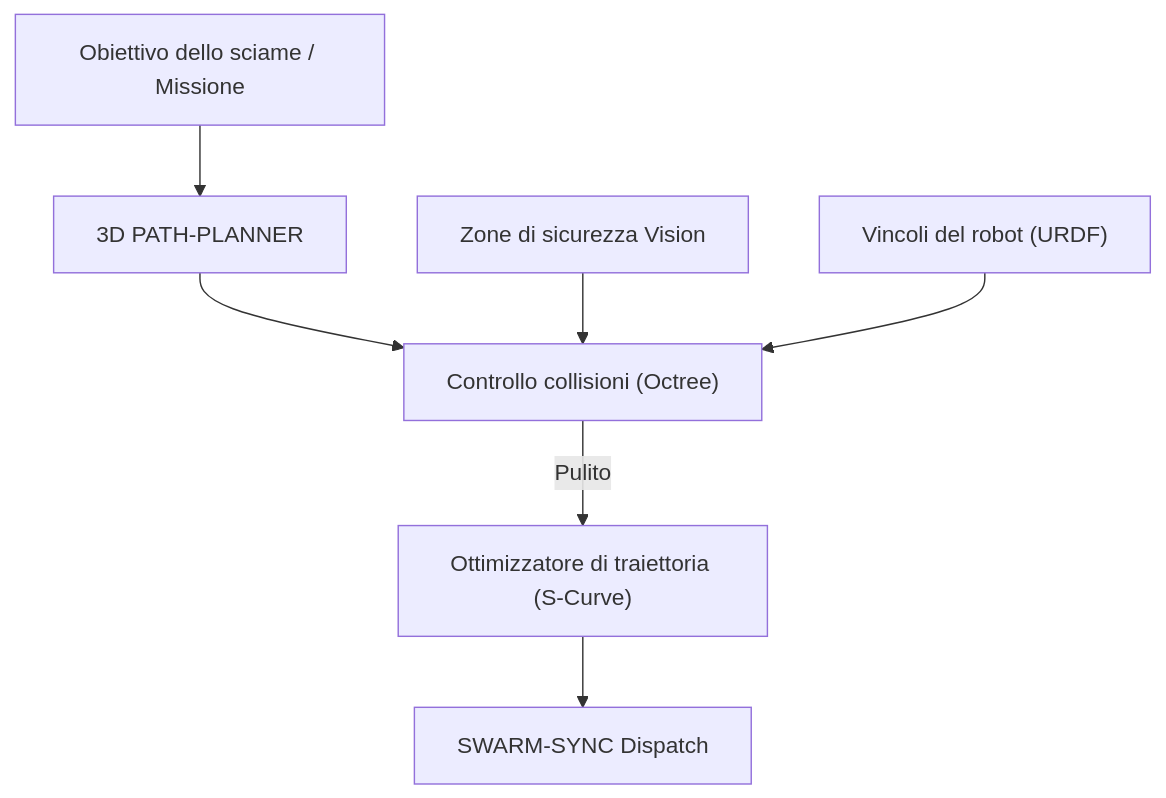
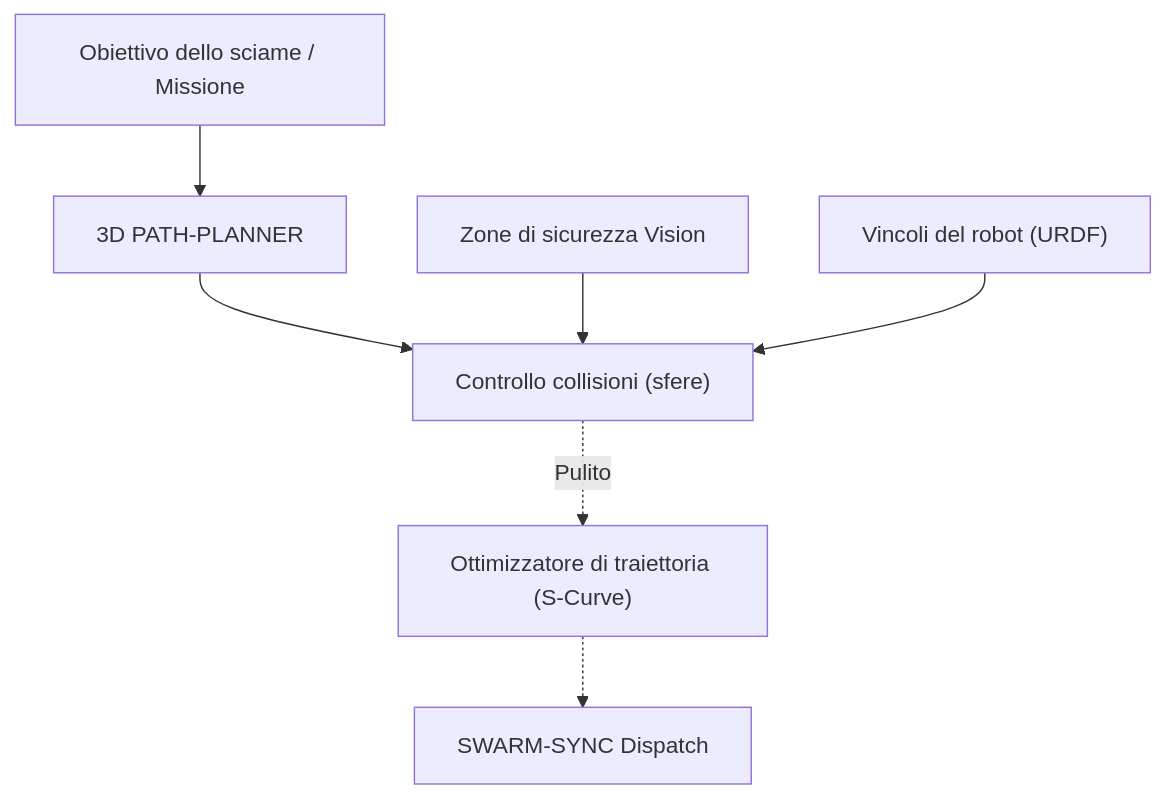
One commit to JuanenRac/HYDRA-UMC-PATH-PLANNER-3D changed the diagram in README_ita.md. Above: the diagram before and after it, drawn with Mermaid. The commit also changed other lines of this file and 20 other files, not shown here.

````diff
--- a/README_ita.md
+++ b/README_ita.md
@@ -39,9 +40,9 @@
 ```mermaid
 flowchart TB
     GOAL["Obiettivo dello sciame / Missione"] --> PLAN["3D PATH-PLANNER"]
-    PLAN --> COLL["Controllo collisioni (Octree)"]
+    PLAN --> COLL["Controllo collisioni (sfere)"]
     VIS["Zone di sicurezza Vision"] --> COLL
     TWIN["Vincoli del robot (URDF)"] --> COLL
-    COLL -- Pulito --> OPT["Ottimizzatore di traiettoria (S-Curve)"]
-    OPT --> SYNC["SWARM-SYNC Dispatch"]
+    COLL -. Pulito .-> OPT["Ottimizzatore di traiettoria (S-Curve)"]
+    OPT -.-> SYNC["SWARM-SYNC Dispatch"]
 ```
````
